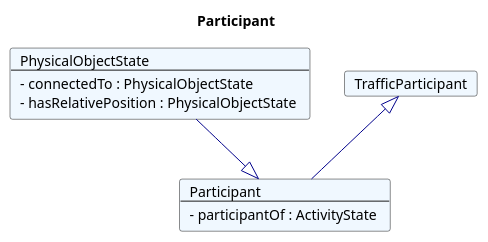
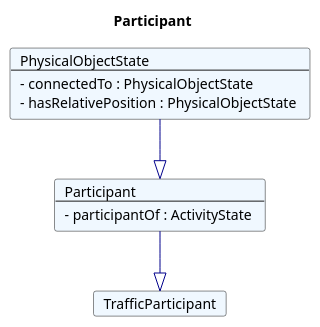
Before and after one commit to rtigran/rdf2adoc: the diagram in fragments/puml/Participant.plantuml, drawn with PlantUML. The commit also changed 111 other files, not shown here.

Commit message:
fix for diagram plantuml, diagram generartion switchded off

```diff
--- a/fragments/puml/Participant.plantuml
+++ b/fragments/puml/Participant.plantuml
@@ -1,20 +1,20 @@
 @startuml
 Title Participant 
 
 Card Participant #F0F8FF [
 Participant
 ----
 - participantOf : ActivityState 
 ]
 Card PhysicalObjectState #F0F8FF [
 PhysicalObjectState
 ----
 - connectedTo : PhysicalObjectState 
 - hasRelativePosition : PhysicalObjectState 
 ]
 PhysicalObjectState --|> Participant  #00008B 
 Card TrafficParticipant #F0F8FF [
 TrafficParticipant
 ]
-TrafficParticipant <|-- Participant  #00008B 
+Participant --|> TrafficParticipant  #00008B 
 @enduml
```
